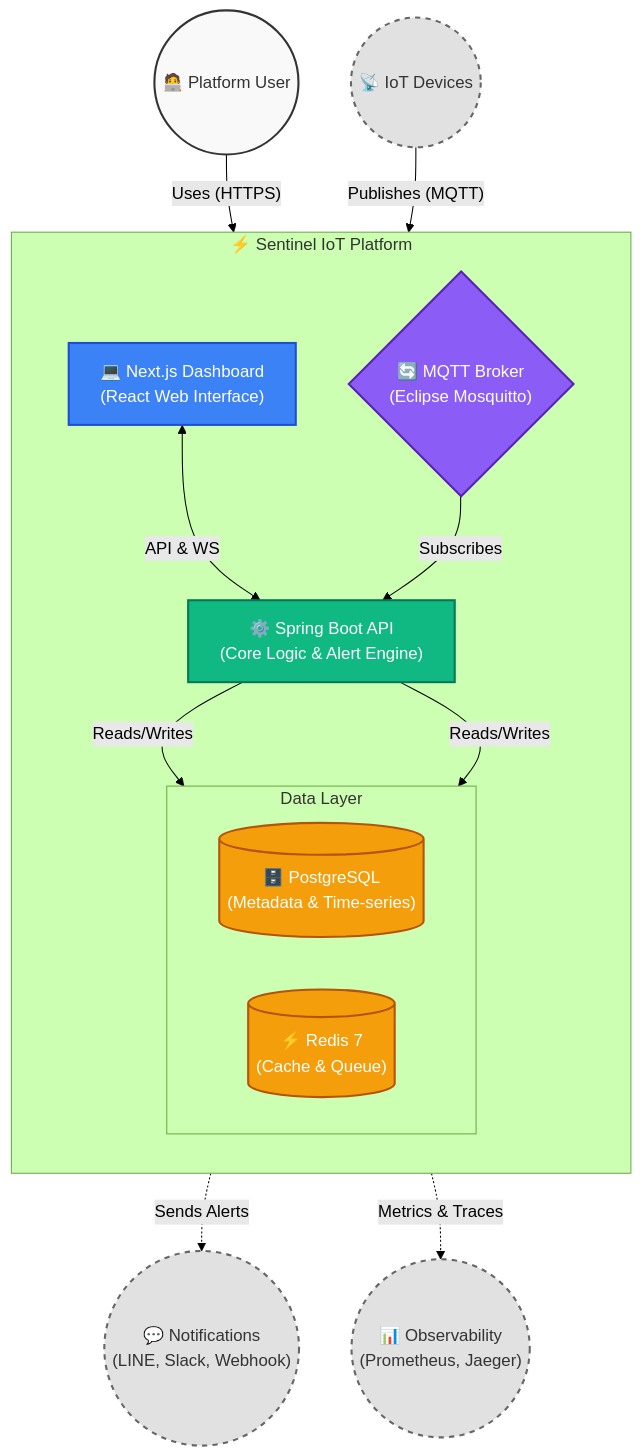
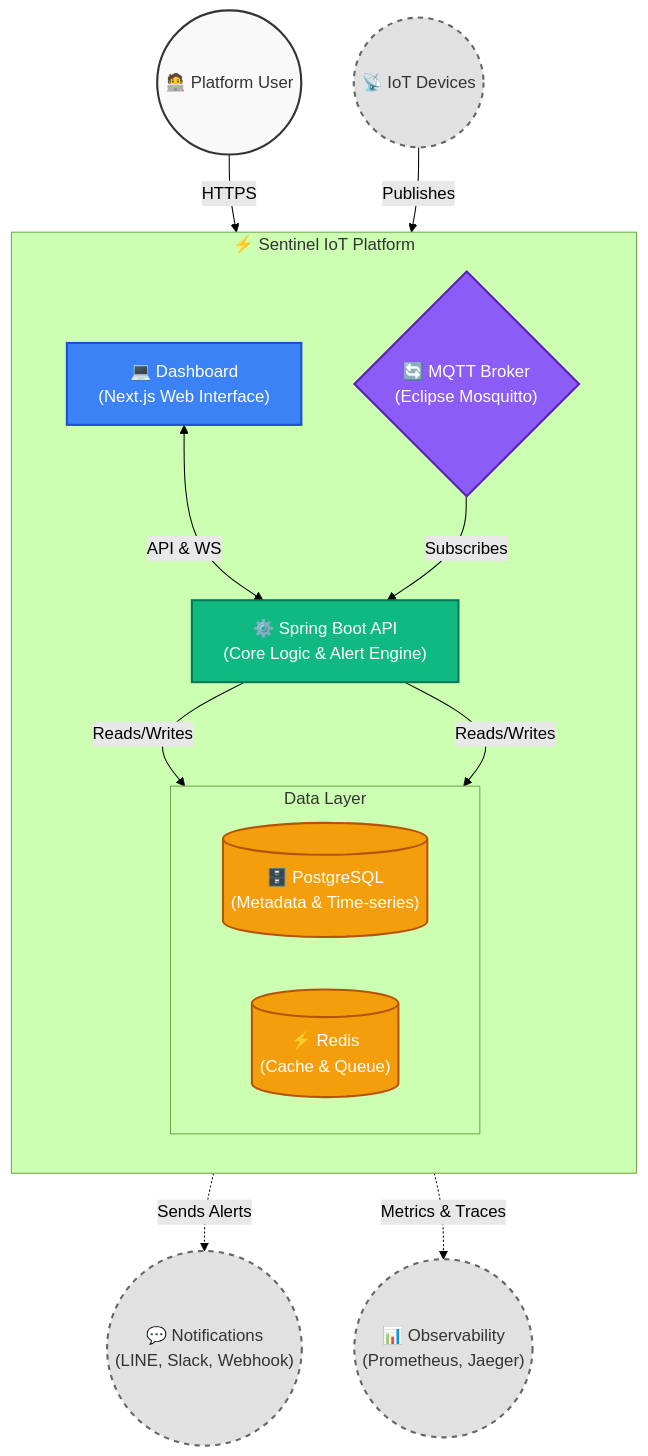
One commit to thitipongroo/sentinel-iot-platform changed the first of 4 diagrams in README.md. Above: the diagram before and after it, drawn with Mermaid (forest theme). The commit also changed 2 other files, not shown here.

Commit message:
update: readme

````diff
--- a/README.md
+++ b/README.md
@@ -18,43 +18,43 @@
 ```mermaid
 flowchart TB
     %% Custom Styles
     classDef user fill:#f9f9f9,stroke:#333,stroke-width:2px,color:#333
     classDef external fill:#e1e1e1,stroke:#666,stroke-width:2px,stroke-dasharray: 5 5,color:#333
     classDef frontend fill:#3b82f6,stroke:#1d4ed8,stroke-width:2px,color:#fff
     classDef backend fill:#10b981,stroke:#047857,stroke-width:2px,color:#fff
     classDef db fill:#f59e0b,stroke:#b45309,stroke-width:2px,color:#fff
     classDef broker fill:#8b5cf6,stroke:#5b21b6,stroke-width:2px,color:#fff
 
     User(("🧑‍💻 Platform User")):::user
     Devices(("📡 IoT Devices")):::external
 
     subgraph Platform ["⚡ Sentinel IoT Platform"]
         direction TB
         
-        UI["💻 Next.js Dashboard<br/>(React Web Interface)"]:::frontend
+        UI["💻 Dashboard<br/>(Next.js Web Interface)"]:::frontend
         Broker{"🔄 MQTT Broker<br/>(Eclipse Mosquitto)"}:::broker
         API["⚙️ Spring Boot API<br/>(Core Logic & Alert Engine)"]:::backend
         
         subgraph DataLayer ["Data Layer"]
             direction LR
             DB[("🗄️ PostgreSQL<br/>(Metadata & Time-series)")]:::db
-            Redis[("⚡ Redis 7<br/>(Cache & Queue)")]:::db
+            Redis[("⚡ Redis<br/>(Cache & Queue)")]:::db
         end
     end
 
     Notify(("💬 Notifications<br/>(LINE, Slack, Webhook)")):::external
     Observe(("📊 Observability<br/>(Prometheus, Jaeger)")):::external
 
     %% Relationships
-    User -- "Uses (HTTPS)" --> UI
-    Devices -- "Publishes (MQTT)" --> Broker
+    User -- "HTTPS" --> UI
+    Devices -- "Publishes" --> Broker
     
     UI <--"API & WS"--> API
     Broker --"Subscribes"--> API
     
     API --"Reads/Writes"--> DB
     API --"Reads/Writes"--> Redis
     
     API -."Sends Alerts".-> Notify
     API -."Metrics & Traces".-> Observe
 ```
````
